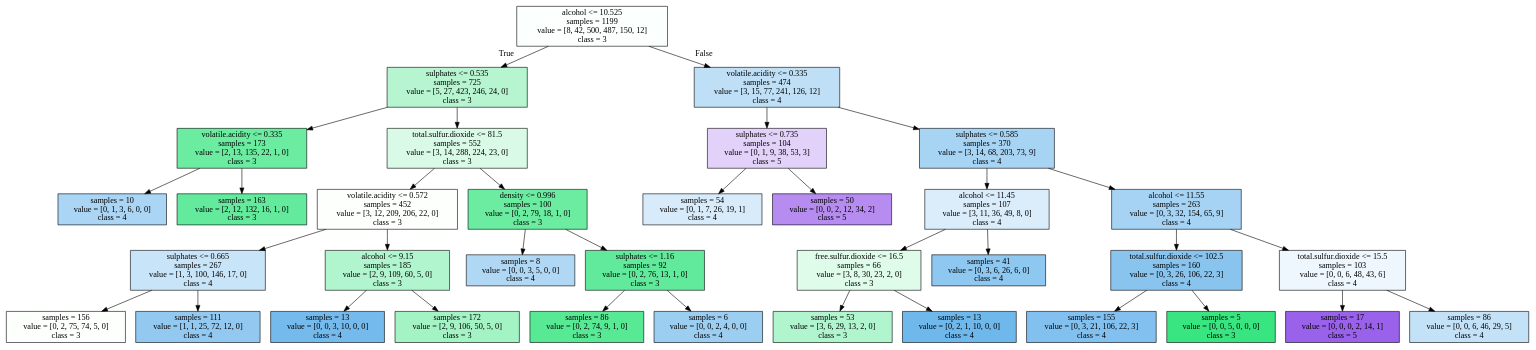
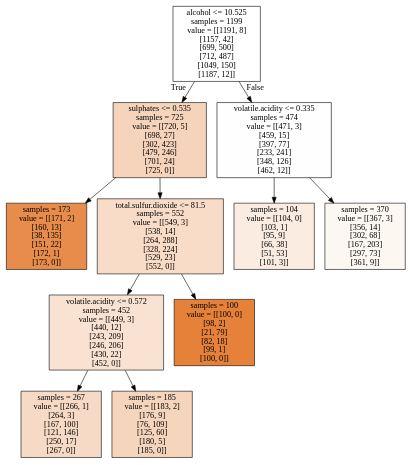
Before and after one commit to fecuva/DataScienceTEc: the diagram in tarea3/simple_tree.dot, drawn with Graphviz. The commit also changed 4 other files, not shown here.

```diff
--- a/tarea3/simple_tree.dot
+++ b/tarea3/simple_tree.dot
@@ -1,72 +1,24 @@
 digraph Tree {
 node [shape=box, style="filled", color="black"] ;
-0 [label="alcohol <= 10.525\nsamples = 1199\nvalue = [8, 42, 500, 487, 150, 12]\nclass = 3", fillcolor="#fbfffd"] ;
-1 [label="sulphates <= 0.535\nsamples = 725\nvalue = [5, 27, 423, 246, 24, 0]\nclass = 3", fillcolor="#b6f5d0"] ;
+0 [label="alcohol <= 10.525\nsamples = 1199\nvalue = [[1191, 8]\n[1157, 42]\n[699, 500]\n[712, 487]\n[1049, 150]\n[1187, 12]]", fillcolor="#ffffff"] ;
+1 [label="sulphates <= 0.535\nsamples = 725\nvalue = [[720, 5]\n[698, 27]\n[302, 423]\n[479, 246]\n[701, 24]\n[725, 0]]", fillcolor="#f6d4bc"] ;
 0 -> 1 [labeldistance=2.5, labelangle=45, headlabel="True"] ;
-3 [label="volatile.acidity <= 0.335\nsamples = 173\nvalue = [2, 13, 135, 22, 1, 0]\nclass = 3", fillcolor="#6beca1"] ;
+3 [label="samples = 173\nvalue = [[171, 2]\n[160, 13]\n[38, 135]\n[151, 22]\n[172, 1]\n[173, 0]]", fillcolor="#e78c4a"] ;
 1 -> 3 ;
-25 [label="samples = 10\nvalue = [0, 1, 3, 6, 0, 0]\nclass = 4", fillcolor="#aad5f4"] ;
-3 -> 25 ;
-26 [label="samples = 163\nvalue = [2, 12, 132, 16, 1, 0]\nclass = 3", fillcolor="#63ea9c"] ;
-3 -> 26 ;
-4 [label="total.sulfur.dioxide <= 81.5\nsamples = 552\nvalue = [3, 14, 288, 224, 23, 0]\nclass = 3", fillcolor="#d8fae6"] ;
+4 [label="total.sulfur.dioxide <= 81.5\nsamples = 552\nvalue = [[549, 3]\n[538, 14]\n[264, 288]\n[328, 224]\n[529, 23]\n[552, 0]]", fillcolor="#f8dcc8"] ;
 1 -> 4 ;
-5 [label="volatile.acidity <= 0.572\nsamples = 452\nvalue = [3, 12, 209, 206, 22, 0]\nclass = 3", fillcolor="#fdfffd"] ;
+5 [label="volatile.acidity <= 0.572\nsamples = 452\nvalue = [[449, 3]\n[440, 12]\n[243, 209]\n[246, 206]\n[430, 22]\n[452, 0]]", fillcolor="#f9e2d2"] ;
 4 -> 5 ;
-9 [label="sulphates <= 0.665\nsamples = 267\nvalue = [1, 3, 100, 146, 17, 0]\nclass = 4", fillcolor="#c8e4f8"] ;
+9 [label="samples = 267\nvalue = [[266, 1]\n[264, 3]\n[167, 100]\n[121, 146]\n[250, 17]\n[267, 0]]", fillcolor="#f7dac5"] ;
 5 -> 9 ;
-15 [label="samples = 156\nvalue = [0, 2, 75, 74, 5, 0]\nclass = 3", fillcolor="#fdfffd"] ;
-9 -> 15 ;
-16 [label="samples = 111\nvalue = [1, 1, 25, 72, 12, 0]\nclass = 4", fillcolor="#93c9f1"] ;
-9 -> 16 ;
-10 [label="alcohol <= 9.15\nsamples = 185\nvalue = [2, 9, 109, 60, 5, 0]\nclass = 3", fillcolor="#b1f5ce"] ;
+10 [label="samples = 185\nvalue = [[183, 2]\n[176, 9]\n[76, 109]\n[125, 60]\n[180, 5]\n[185, 0]]", fillcolor="#f6d5bd"] ;
 5 -> 10 ;
-27 [label="samples = 13\nvalue = [0, 0, 3, 10, 0, 0]\nclass = 4", fillcolor="#74baed"] ;
-10 -> 27 ;
-28 [label="samples = 172\nvalue = [2, 9, 106, 50, 5, 0]\nclass = 3", fillcolor="#a4f3c5"] ;
-10 -> 28 ;
-6 [label="density <= 0.996\nsamples = 100\nvalue = [0, 2, 79, 18, 1, 0]\nclass = 3", fillcolor="#6ceca1"] ;
+6 [label="samples = 100\nvalue = [[100, 0]\n[98, 2]\n[21, 79]\n[82, 18]\n[99, 1]\n[100, 0]]", fillcolor="#e58139"] ;
 4 -> 6 ;
-31 [label="samples = 8\nvalue = [0, 0, 3, 5, 0, 0]\nclass = 4", fillcolor="#b0d8f5"] ;
-6 -> 31 ;
-32 [label="sulphates <= 1.16\nsamples = 92\nvalue = [0, 2, 76, 13, 1, 0]\nclass = 3", fillcolor="#61ea9b"] ;
-6 -> 32 ;
-33 [label="samples = 86\nvalue = [0, 2, 74, 9, 1, 0]\nclass = 3", fillcolor="#58e995"] ;
-32 -> 33 ;
-34 [label="samples = 6\nvalue = [0, 0, 2, 4, 0, 0]\nclass = 4", fillcolor="#9ccef2"] ;
-32 -> 34 ;
-2 [label="volatile.acidity <= 0.335\nsamples = 474\nvalue = [3, 15, 77, 241, 126, 12]\nclass = 4", fillcolor="#bedff6"] ;
+2 [label="volatile.acidity <= 0.335\nsamples = 474\nvalue = [[471, 3]\n[459, 15]\n[397, 77]\n[233, 241]\n[348, 126]\n[462, 12]]", fillcolor="#fffefe"] ;
 0 -> 2 [labeldistance=2.5, labelangle=-45, headlabel="False"] ;
-7 [label="sulphates <= 0.735\nsamples = 104\nvalue = [0, 1, 9, 38, 53, 3]\nclass = 5", fillcolor="#e2d2f9"] ;
+7 [label="samples = 104\nvalue = [[104, 0]\n[103, 1]\n[95, 9]\n[66, 38]\n[51, 53]\n[101, 3]]", fillcolor="#fbece1"] ;
 2 -> 7 ;
-29 [label="samples = 54\nvalue = [0, 1, 7, 26, 19, 1]\nclass = 4", fillcolor="#d7ebfa"] ;
-7 -> 29 ;
-30 [label="samples = 50\nvalue = [0, 0, 2, 12, 34, 2]\nclass = 5", fillcolor="#b68cf0"] ;
-7 -> 30 ;
-8 [label="sulphates <= 0.585\nsamples = 370\nvalue = [3, 14, 68, 203, 73, 9]\nclass = 4", fillcolor="#a8d4f4"] ;
+8 [label="samples = 370\nvalue = [[367, 3]\n[356, 14]\n[302, 68]\n[167, 203]\n[297, 73]\n[361, 9]]", fillcolor="#fdf7f2"] ;
 2 -> 8 ;
-11 [label="alcohol <= 11.45\nsamples = 107\nvalue = [3, 11, 36, 49, 8, 0]\nclass = 4", fillcolor="#dbedfa"] ;
-8 -> 11 ;
-21 [label="free.sulfur.dioxide <= 16.5\nsamples = 66\nvalue = [3, 8, 30, 23, 2, 0]\nclass = 3", fillcolor="#dffbea"] ;
-11 -> 21 ;
-23 [label="samples = 53\nvalue = [3, 6, 29, 13, 2, 0]\nclass = 3", fillcolor="#b0f5cd"] ;
-21 -> 23 ;
-24 [label="samples = 13\nvalue = [0, 2, 1, 10, 0, 0]\nclass = 4", fillcolor="#6fb8ec"] ;
-21 -> 24 ;
-22 [label="samples = 41\nvalue = [0, 3, 6, 26, 6, 0]\nclass = 4", fillcolor="#8ec7f0"] ;
-11 -> 22 ;
-12 [label="alcohol <= 11.55\nsamples = 263\nvalue = [0, 3, 32, 154, 65, 9]\nclass = 4", fillcolor="#a6d3f3"] ;
-8 -> 12 ;
-13 [label="total.sulfur.dioxide <= 102.5\nsamples = 160\nvalue = [0, 3, 26, 106, 22, 3]\nclass = 4", fillcolor="#89c4ef"] ;
-12 -> 13 ;
-17 [label="samples = 155\nvalue = [0, 3, 21, 106, 22, 3]\nclass = 4", fillcolor="#82c1ef"] ;
-13 -> 17 ;
-18 [label="samples = 5\nvalue = [0, 0, 5, 0, 0, 0]\nclass = 3", fillcolor="#39e581"] ;
-13 -> 18 ;
-14 [label="total.sulfur.dioxide <= 15.5\nsamples = 103\nvalue = [0, 0, 6, 48, 43, 6]\nclass = 4", fillcolor="#eef7fd"] ;
-12 -> 14 ;
-19 [label="samples = 17\nvalue = [0, 0, 0, 2, 14, 1]\nclass = 5", fillcolor="#9a61ea"] ;
-14 -> 19 ;
-20 [label="samples = 86\nvalue = [0, 0, 6, 46, 29, 5]\nclass = 4", fillcolor="#c4e2f7"] ;
-14 -> 20 ;
 }
```
